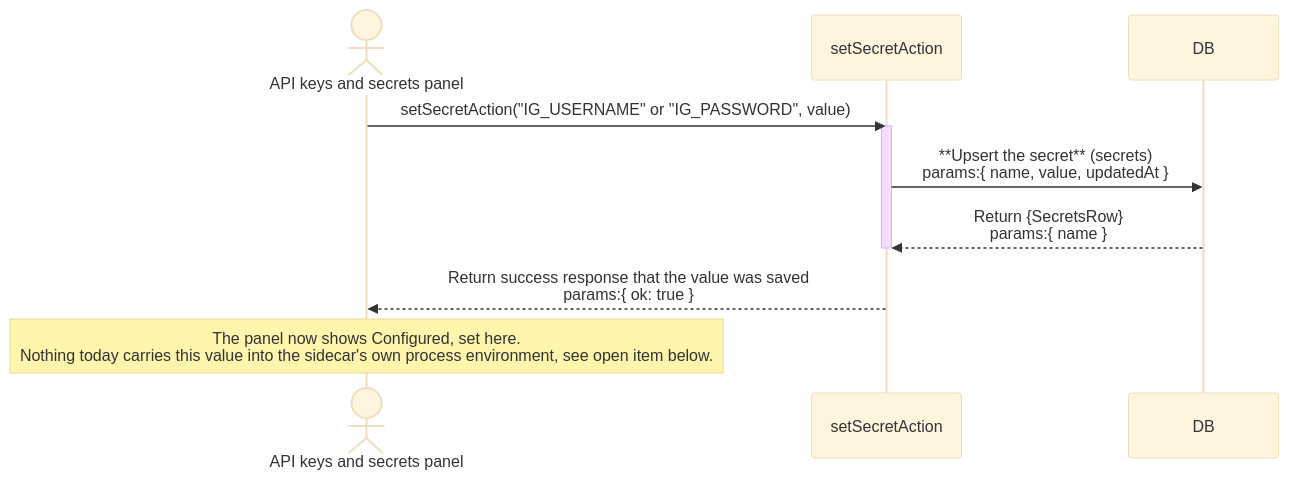
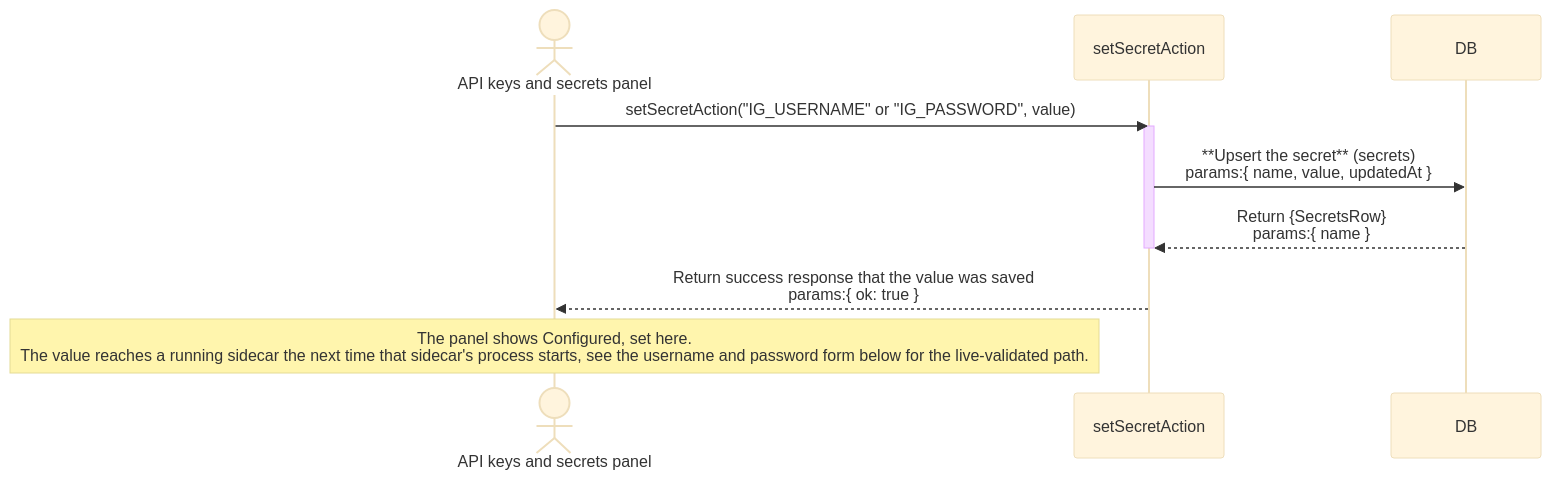
The fifth of 7 diagrams in documents/architect/core-components/onboarding/02-architecture.md (Kaiships-ai/crowsnest), drawn with Mermaid (base theme) before and after one commit. The commit also changed other lines of this file and 2 other files, not shown here.

````diff
--- a/documents/architect/core-components/onboarding/02-architecture.md
+++ b/documents/architect/core-components/onboarding/02-architecture.md
@@ -188,14 +191,14 @@
 ```mermaid
 sequenceDiagram
     actor UI as API keys and secrets panel
     participant SetSecret as setSecretAction
     participant DB
 
     UI->>SetSecret: setSecretAction("IG_USERNAME" or "IG_PASSWORD", value)
     activate SetSecret
     SetSecret->>DB: **Upsert the secret** (secrets)<br/>params:{ name, value, updatedAt }
     DB-->>SetSecret: Return {SecretsRow}<br/>params:{ name }
     deactivate SetSecret
     SetSecret-->>UI: Return success response that the value was saved<br/>params:{ ok: true }
-    Note over UI: The panel now shows Configured, set here.<br/>Nothing today carries this value into the sidecar's own process environment, see open item below.
+    Note over UI: The panel shows Configured, set here.<br/>The value reaches a running sidecar the next time that sidecar's process starts, see the username and password form below for the live-validated path.
 ```
````
